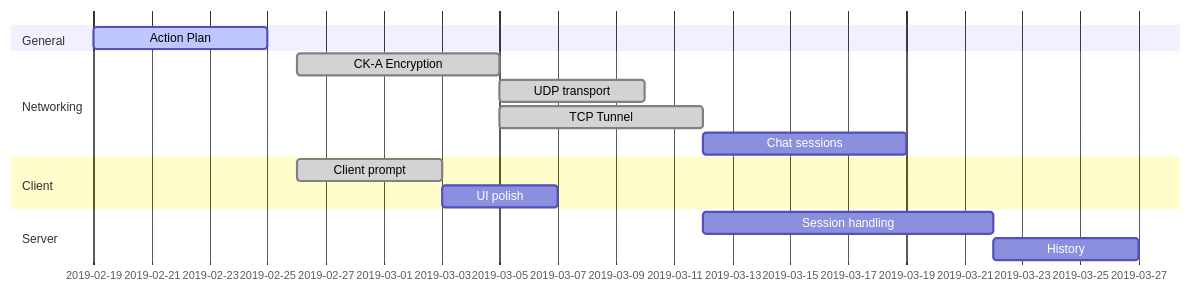
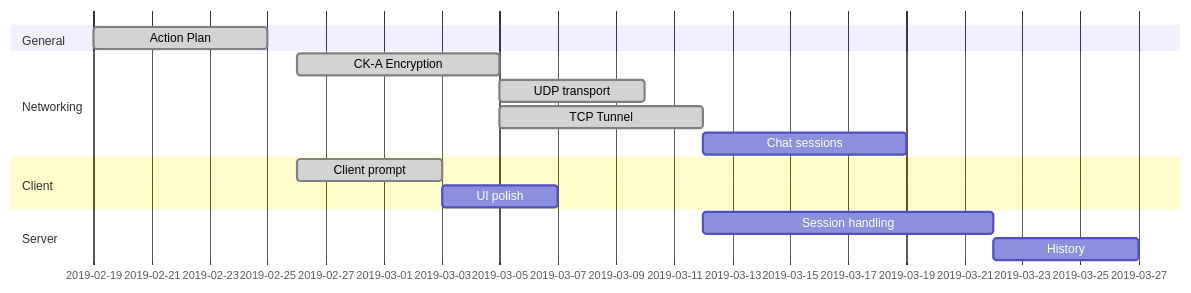
One commit to OscarC1/ServerBasedChat-CS4390 changed the first of 2 diagrams in Doc/ActionPlan.md. Above: the diagram before and after it, drawn with Mermaid. The commit also changed other lines of this file, not shown here.

Commit message:
Action plan updates

````diff
--- a/Doc/ActionPlan.md
+++ b/Doc/ActionPlan.md
@@ -59,16 +58,16 @@
 ```mermaid
 gantt
 section General
-Action Plan			:active,	actplan,	2019-02-19,	6d
+Action Plan			:done,	actplan,	2019-02-19,	6d
 section Networking
 CK-A Encryption		:done,	cka, 2019-02-26, 7d
 UDP transport		:done,	udp, after cka, 5d
 TCP Tunnel			:done,	tcp, after cka, 7d
-Chat sessions		:	chat, after tcp, 7d
+Chat sessions		:active	chat, after tcp, 7d
 section Client
 Client prompt		:done,   prompt, 2019-02-26, 5d
-UI polish			:	ui, after prompt, 4d
+UI polish			:active	ui, after prompt, 4d
 section Server
-Session handling	:	session, after tcp, 10d
+Session handling	:done	session, after tcp, 10d
 History				:	history, after session,	5d
 ```
````
